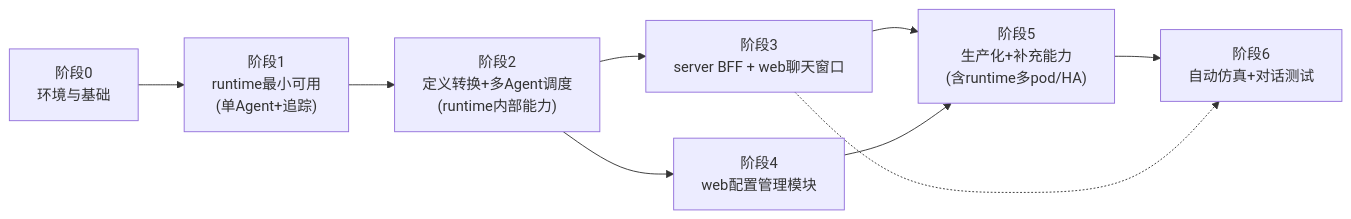
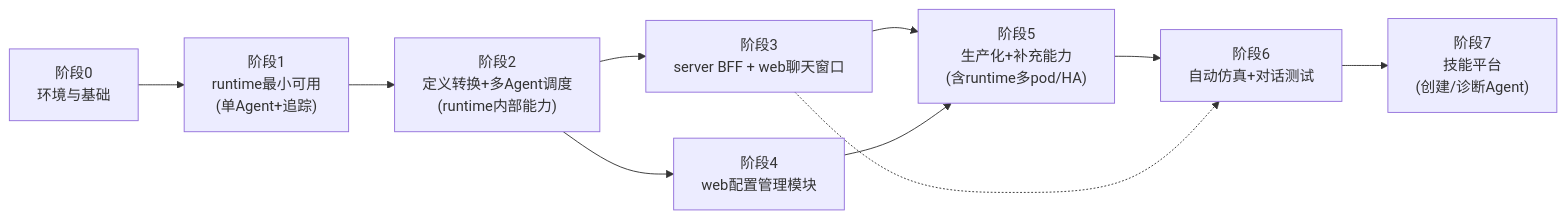
The second of 2 diagrams in plan/README.md (zhaoshan/parlant-agent), drawn with Mermaid before and after one commit. The commit also changed other lines of this file and 4 other files, not shown here.

````diff
--- a/plan/README.md
+++ b/plan/README.md
@@ -124,11 +125,12 @@
 ```mermaid
 flowchart LR
     P0["阶段0<br/>环境与基础"] --> P1["阶段1<br/>runtime最小可用<br/>(单Agent+追踪)"]
     P1 --> P2["阶段2<br/>定义转换+多Agent调度<br/>(runtime内部能力)"]
     P2 --> P3["阶段3<br/>server BFF + web聊天窗口"]
     P2 --> P4["阶段4<br/>web配置管理模块"]
     P3 --> P5["阶段5<br/>生产化+补充能力<br/>(含runtime多pod/HA)"]
     P4 --> P5
     P5 --> P6["阶段6<br/>自动仿真+对话测试"]
     P3 -.-> P6
+    P6 --> P7["阶段7<br/>技能平台<br/>(创建/诊断Agent)"]
 ```
````
